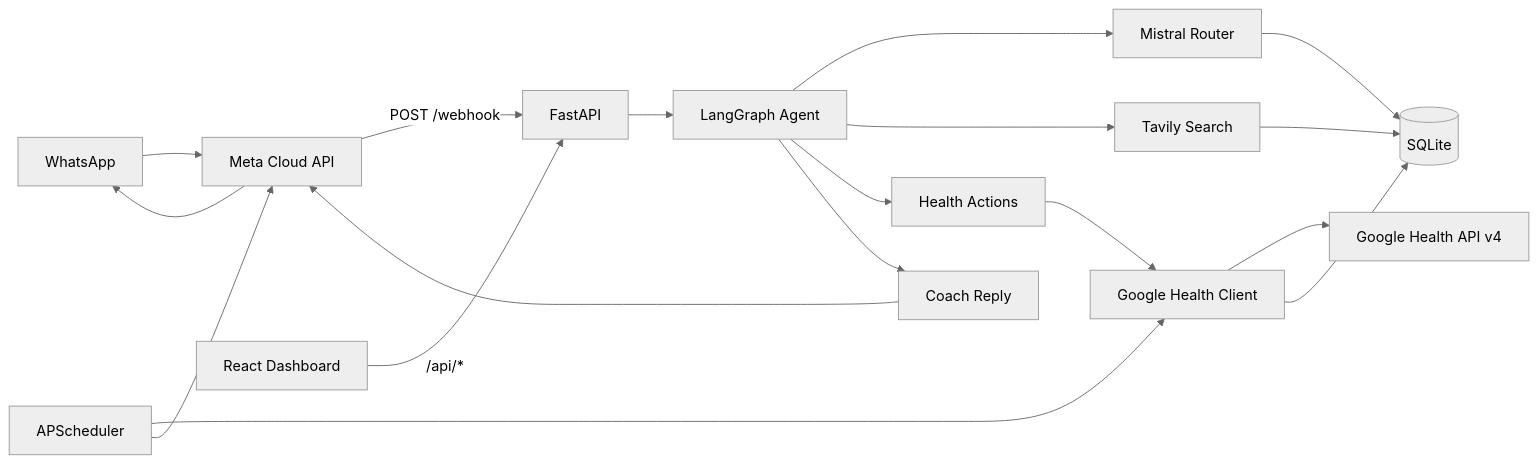
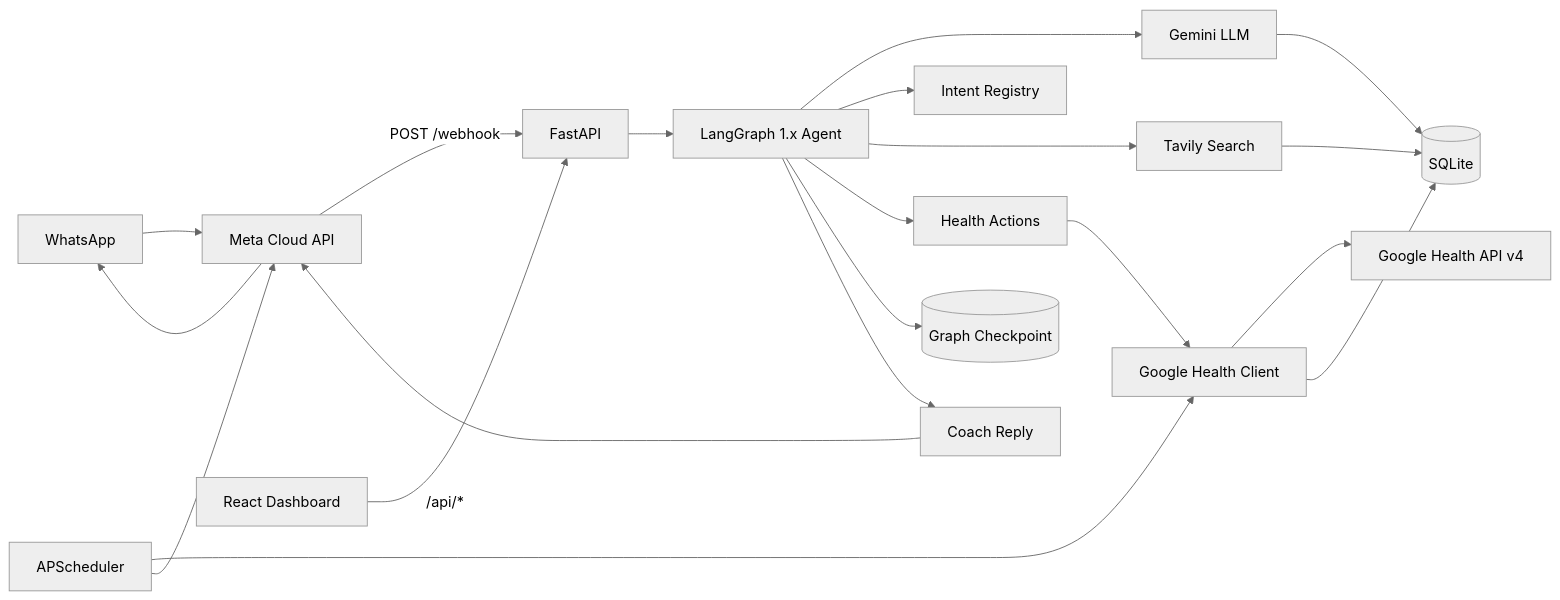
Before and after one commit to bannu4648/Google-AI-Health-Coach: the diagram in README.md, drawn with Mermaid (neutral theme). The commit also changed other lines of this file and 54 other files, not shown here.

````diff
--- a/README.md
+++ b/README.md
@@ -21,20 +46,22 @@
 ```mermaid
 flowchart LR
     WA[WhatsApp] --> Meta[Meta Cloud API]
     Meta -->|POST /webhook| API[FastAPI]
-    API --> Graph[LangGraph Agent]
-    Graph --> Mistral[Mistral Router]
+    API --> Graph[LangGraph 1.x Agent]
+    Graph --> Gemini[Gemini LLM]
+    Graph --> Registry[Intent Registry]
     Graph --> Tavily[Tavily Search]
     Graph --> Actions[Health Actions]
     Actions --> GHealth[Google Health Client]
     GHealth --> Google[Google Health API v4]
     GHealth --> SQLite[(SQLite)]
+    Graph --> Checkpoint[(Graph Checkpoint)]
     Tavily --> SQLite
-    Mistral --> SQLite
+    Gemini --> SQLite
     Scheduler[APScheduler] --> GHealth
     Scheduler --> Meta
     Dashboard[React Dashboard] -->|/api/*| API
     Graph --> Reply[Coach Reply]
     Reply --> Meta
     Meta --> WA
 ```
````
